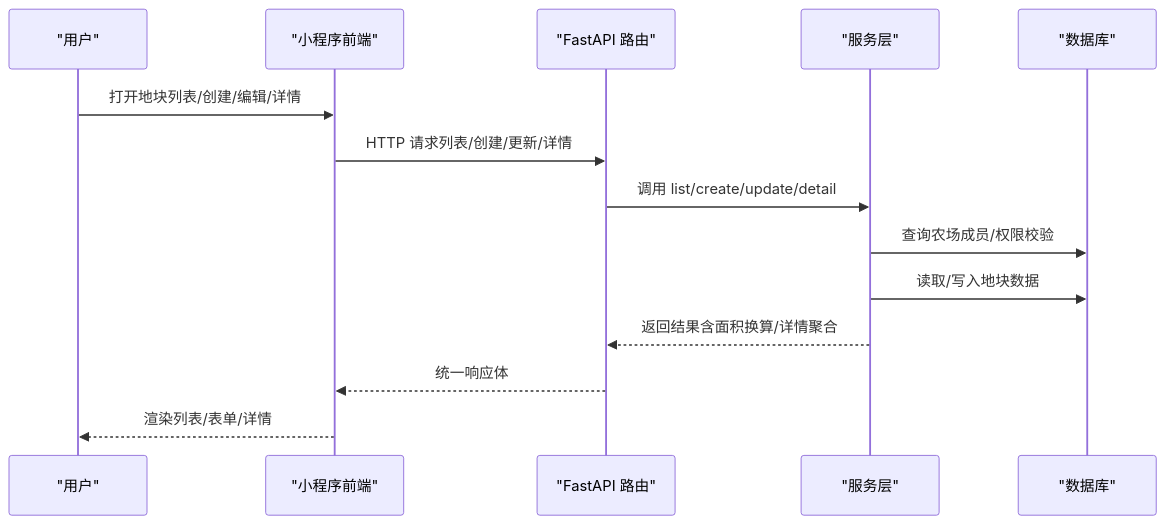
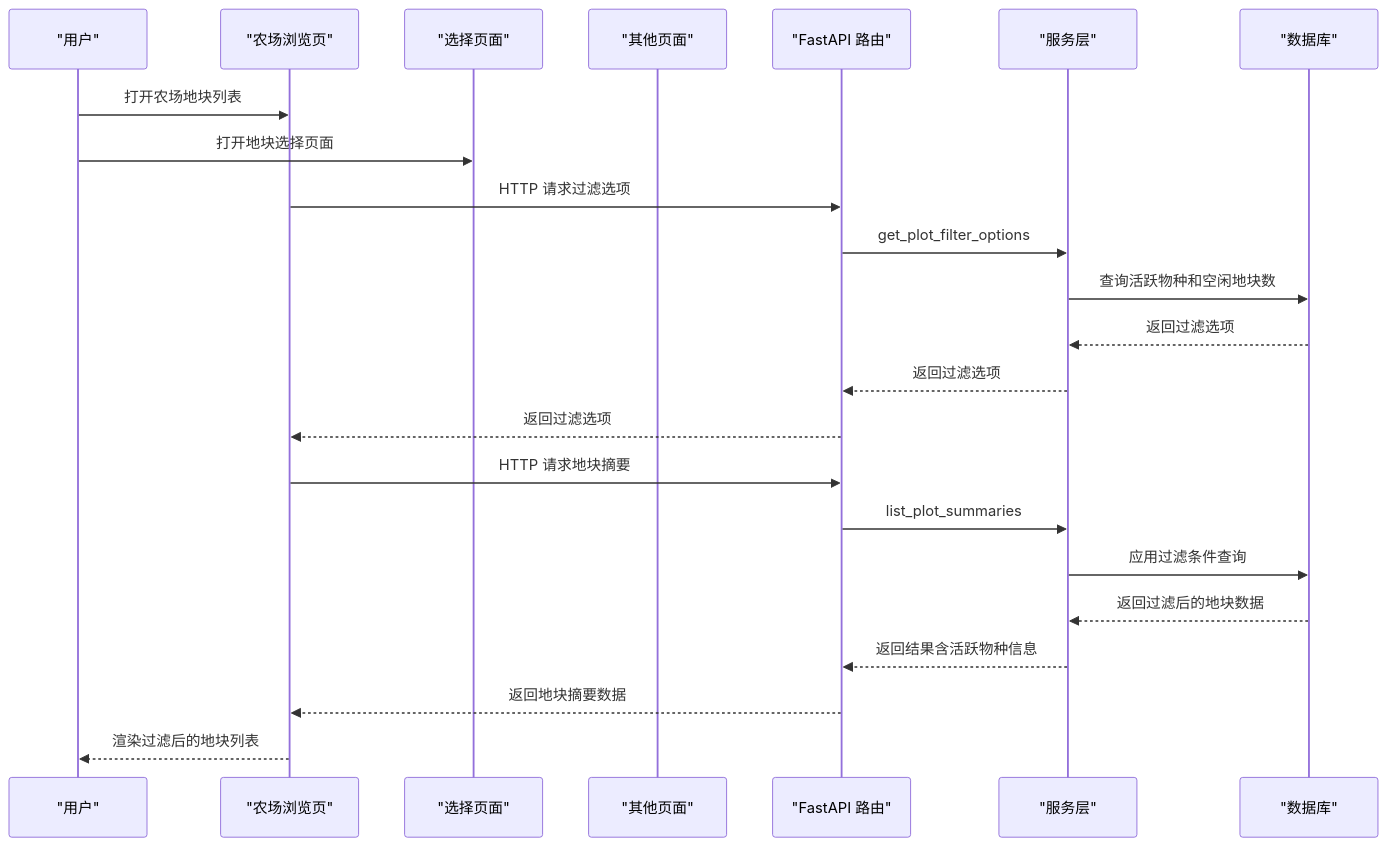
The second of 10 diagrams in .qoder/repowiki/zh/content/前端应用/地块管理模块.md (wungjyan/pocket-farm), drawn with Mermaid before and after one commit. The commit also changed other lines of this file and 198 other files, not shown here.

````diff
--- a/.qoder/repowiki/zh/content/前端应用/地块管理模块.md
+++ b/.qoder/repowiki/zh/content/前端应用/地块管理模块.md
@@ -107,16 +142,25 @@
 ```mermaid
 sequenceDiagram
 participant U as "用户"
-participant FE as "小程序前端"
+participant FP as "农场浏览页"
+participant PS as "选择页面"
+participant FE as "其他页面"
 participant API as "FastAPI 路由"
 participant SVC as "服务层"
 participant DB as "数据库"
-U->>FE : 打开地块列表/创建/编辑/详情
-FE->>API : HTTP 请求列表/创建/更新/详情
-API->>SVC : 调用 list/create/update/detail
-SVC->>DB : 查询农场成员/权限校验
-SVC->>DB : 读取/写入地块数据
-SVC-->>API : 返回结果含面积换算/详情聚合
-API-->>FE : 统一响应体
-FE-->>U : 渲染列表/表单/详情
+U->>FP : 打开农场地块列表
+U->>PS : 打开地块选择页面
+FP->>API : HTTP 请求过滤选项
+API->>SVC : get_plot_filter_options
+SVC->>DB : 查询活跃物种和空闲地块数
+DB-->>SVC : 返回过滤选项
+SVC-->>API : 返回过滤选项
+API-->>FP : 返回过滤选项
+FP->>API : HTTP 请求地块摘要
+API->>SVC : list_plot_summaries
+SVC->>DB : 应用过滤条件查询
+DB-->>SVC : 返回过滤后的地块数据
+SVC-->>API : 返回结果含活跃物种信息
+API-->>FP : 返回地块摘要数据
+FP-->>U : 渲染过滤后的地块列表
 ```
````
